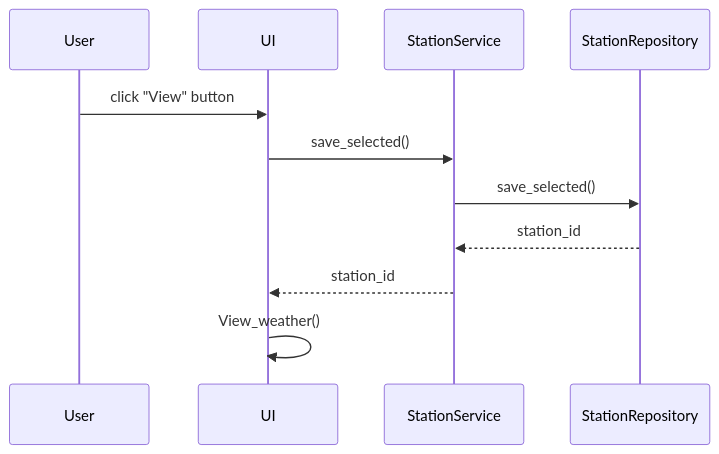
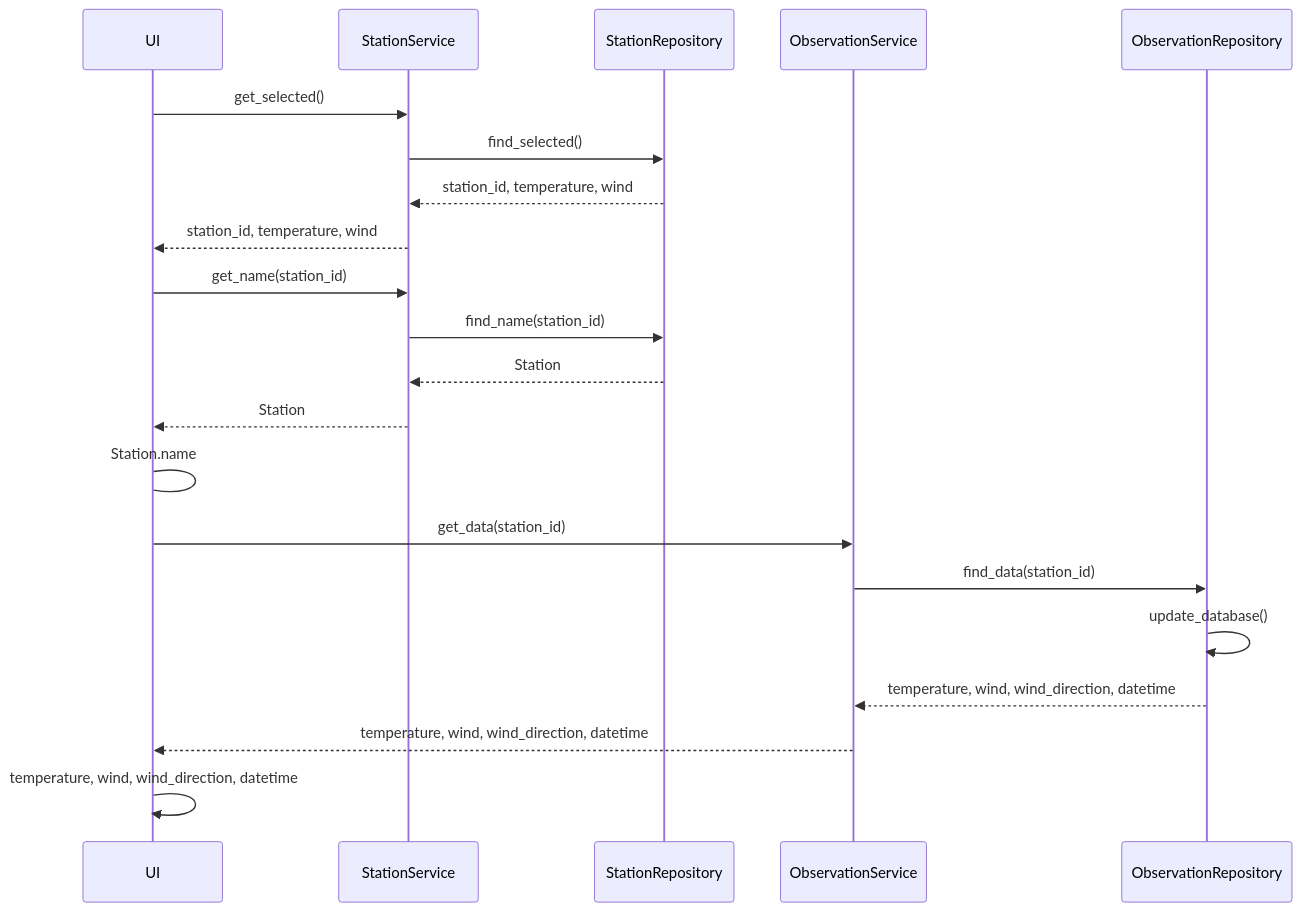
One commit to mcpaulafi/ot-harjoitustyo changed the fifth of 5 diagrams in dokumentaatio/architecture.md. Above: the diagram before and after it, drawn with Mermaid. The commit also changed other lines of this file and 3 other files, not shown here.

````diff
--- a/dokumentaatio/architecture.md
+++ b/dokumentaatio/architecture.md
@@ -119,10 +170,26 @@
 ```mermaid
 sequenceDiagram
-    User->> UI: click "View" button
-    UI->>StationService: save_selected()
-    StationService->>StationRepository: save_selected()
-    StationRepository-->>StationService: station_id
-    StationService-->>UI: station_id
-    UI->>UI: View_weather()
+    participant UI
+    participant StationService
+    participant StationRepository
+    participant ObservationService
+    participant ObservationRepository
+
+    UI->>StationService: get_selected()
+    StationService->>StationRepository: find_selected()
+    StationRepository-->>StationService: station_id, temperature, wind
+    StationService-->>UI: station_id, temperature, wind
+
+    UI->>StationService: get_name(station_id)
+    StationService->>StationRepository: find_name(station_id)
+    StationRepository-->>StationService: Station
+    StationService-->>UI: Station
+    UI->UI: Station.name
+    UI->>ObservationService: get_data(station_id)
+    ObservationService->>ObservationRepository: find_data(station_id)
+    ObservationRepository->>ObservationRepository: update_database()
+    ObservationRepository-->>ObservationService: temperature, wind, wind_direction, datetime
+    ObservationService-->>UI: temperature, wind, wind_direction, datetime
+    UI->>UI: temperature, wind, wind_direction, datetime
 
 ```
````
